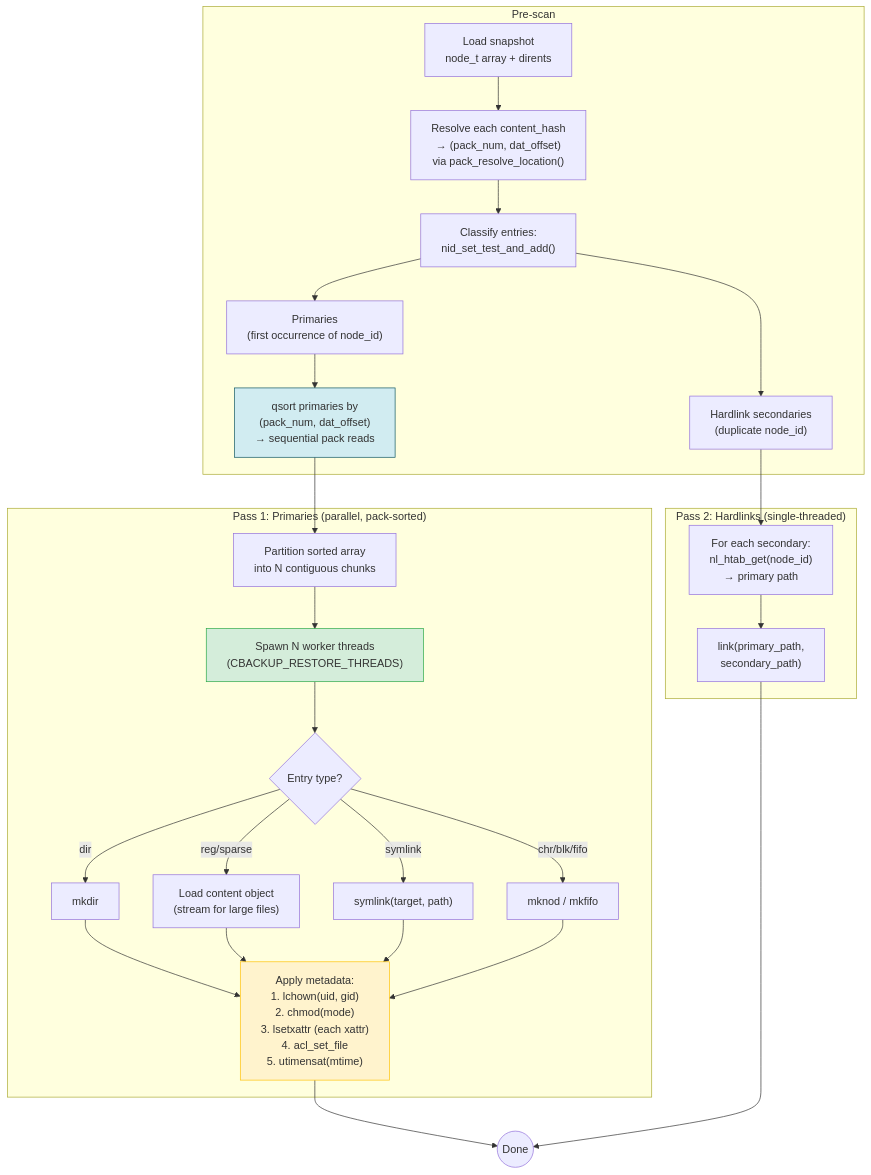
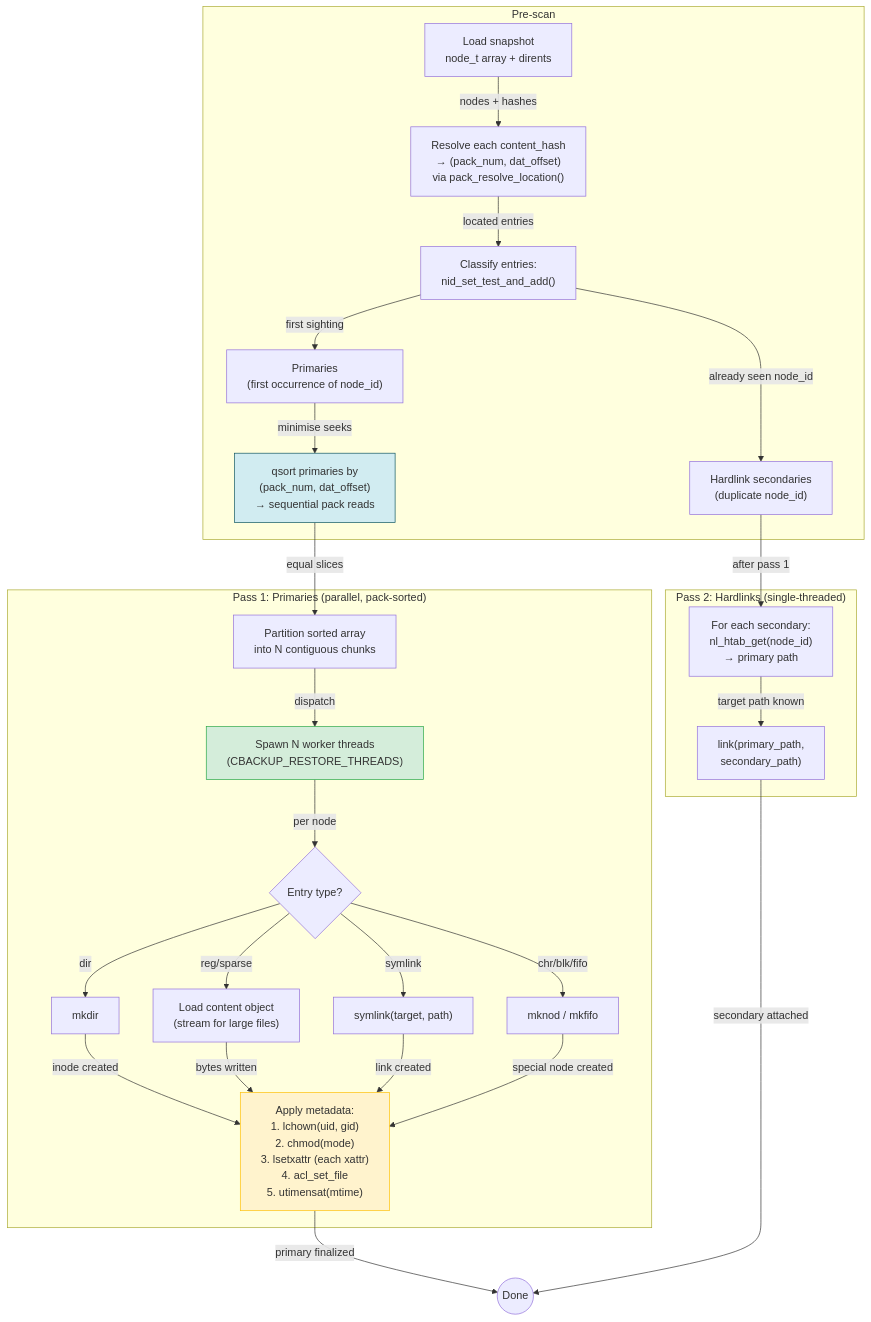
The diagram in diagrams/08-restore-io-flow.md (vifair22/c-backup), drawn with Mermaid before and after one commit. The commit also changed 11 other files, not shown here.

````diff
--- a/diagrams/08-restore-io-flow.md
+++ b/diagrams/08-restore-io-flow.md
@@ -5,47 +5,47 @@
 ```mermaid
 flowchart TD
     subgraph "Pre-scan"
         LOAD["Load snapshot<br/>node_t array + dirents"]
         RESOLVE["Resolve each content_hash<br/>→ (pack_num, dat_offset)<br/>via pack_resolve_location()"]
         CLASSIFY["Classify entries:<br/>nid_set_test_and_add()"]
         PRIMARY["Primaries<br/>(first occurrence of node_id)"]
         HARDLINK["Hardlink secondaries<br/>(duplicate node_id)"]
         SORT["qsort primaries by<br/>(pack_num, dat_offset)<br/>→ sequential pack reads"]
     end
 
-    LOAD --> RESOLVE --> CLASSIFY
-    CLASSIFY --> PRIMARY
-    CLASSIFY --> HARDLINK
-    PRIMARY --> SORT
+    LOAD -->|nodes + hashes| RESOLVE -->|located entries| CLASSIFY
+    CLASSIFY -->|first sighting| PRIMARY
+    CLASSIFY -->|already seen node_id| HARDLINK
+    PRIMARY -->|minimise seeks| SORT
 
     subgraph "Pass 1: Primaries (parallel, pack-sorted)"
         PARTITION["Partition sorted array<br/>into N contiguous chunks"]
         WORKERS["Spawn N worker threads<br/>(CBACKUP_RESTORE_THREADS)"]
         ENTRY{"Entry type?"}
         DIR_E["mkdir"]
         REG_E["Load content object<br/>(stream for large files)"]
         SYM_E["symlink(target, path)"]
         DEV_E["mknod / mkfifo"]
         META["Apply metadata:<br/>1. lchown(uid, gid)<br/>2. chmod(mode)<br/>3. lsetxattr (each xattr)<br/>4. acl_set_file<br/>5. utimensat(mtime)"]
     end
 
-    SORT --> PARTITION --> WORKERS --> ENTRY
-    ENTRY -- "dir" --> DIR_E --> META
-    ENTRY -- "reg/sparse" --> REG_E --> META
-    ENTRY -- "symlink" --> SYM_E --> META
-    ENTRY -- "chr/blk/fifo" --> DEV_E --> META
+    SORT -->|equal slices| PARTITION -->|dispatch| WORKERS -->|per node| ENTRY
+    ENTRY -- "dir" --> DIR_E -->|inode created| META
+    ENTRY -- "reg/sparse" --> REG_E -->|bytes written| META
+    ENTRY -- "symlink" --> SYM_E -->|link created| META
+    ENTRY -- "chr/blk/fifo" --> DEV_E -->|special node created| META
 
     subgraph "Pass 2: Hardlinks (single-threaded)"
         LOOKUP["For each secondary:<br/>nl_htab_get(node_id)<br/>→ primary path"]
         LINK["link(primary_path,<br/>secondary_path)"]
     end
 
-    HARDLINK --> LOOKUP --> LINK
+    HARDLINK -->|after pass 1| LOOKUP -->|target path known| LINK
 
-    META --> DONE(("Done"))
-    LINK --> DONE
+    META -->|primary finalized| DONE(("Done"))
+    LINK -->|secondary attached| DONE
 
     style SORT fill:#d1ecf1,stroke:#0c5460
     style WORKERS fill:#d4edda,stroke:#28a745
     style META fill:#fff3cd,stroke:#ffc107
 ```
````
